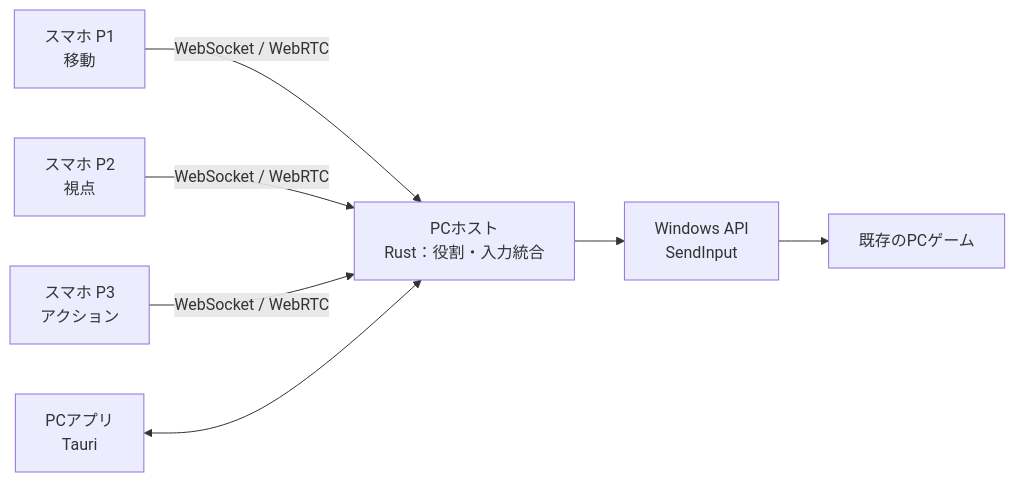
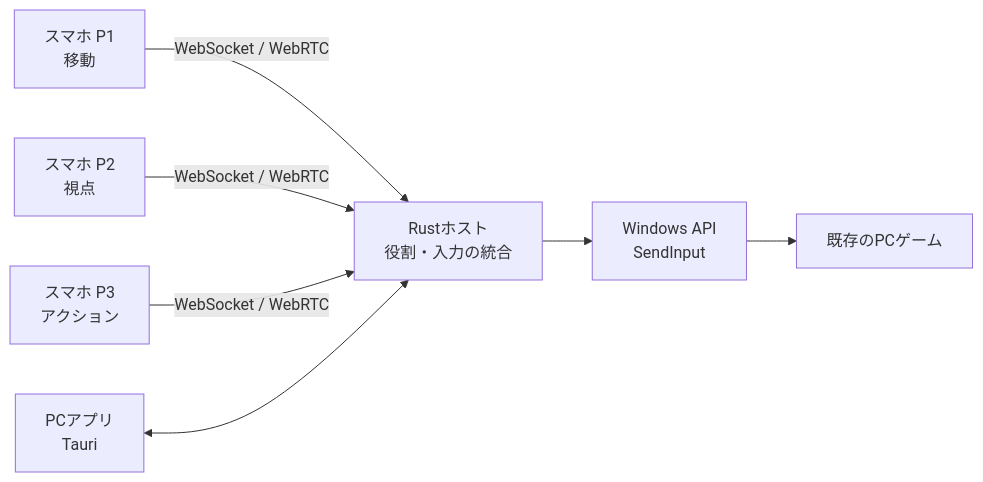
The diagram in README.md (jphacks/kz_2613), drawn with Mermaid before and after one commit. The commit also changed other lines of this file, not shown here.

````diff
--- a/README.md
+++ b/README.md
@@ -104,9 +138,9 @@
 ```mermaid
 flowchart LR
-    A["スマホ P1<br/>移動"] -->|WebSocket / WebRTC| H
-    B["スマホ P2<br/>視点"] -->|WebSocket / WebRTC| H
-    C["スマホ P3<br/>アクション"] -->|WebSocket / WebRTC| H
-    H["PCホスト<br/>Rust：役割・入力統合"] --> W["Windows API<br/>SendInput"]
-    W --> G["既存のPCゲーム"]
-    D["PCアプリ<br/>Tauri"] <--> H
+    P1["スマホ P1<br/>移動"] -->|"WebSocket / WebRTC"| H
+    P2["スマホ P2<br/>視点"] -->|"WebSocket / WebRTC"| H
+    P3["スマホ P3<br/>アクション"] -->|"WebSocket / WebRTC"| H
+    D["PCアプリ<br/>Tauri"] <--> H["Rustホスト<br/>役割・入力の統合"]
+    H --> I["Windows API<br/>SendInput"]
+    I --> G["既存のPCゲーム"]
 ```
````
